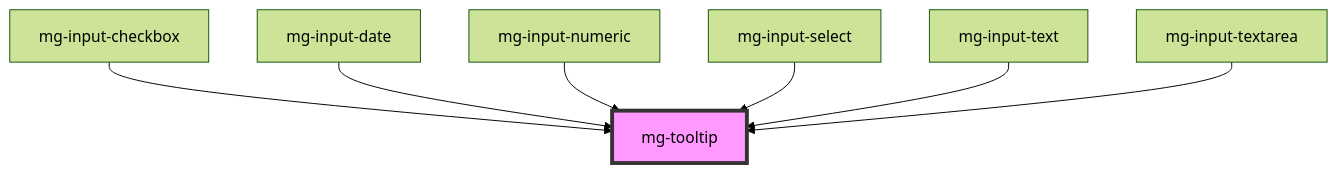
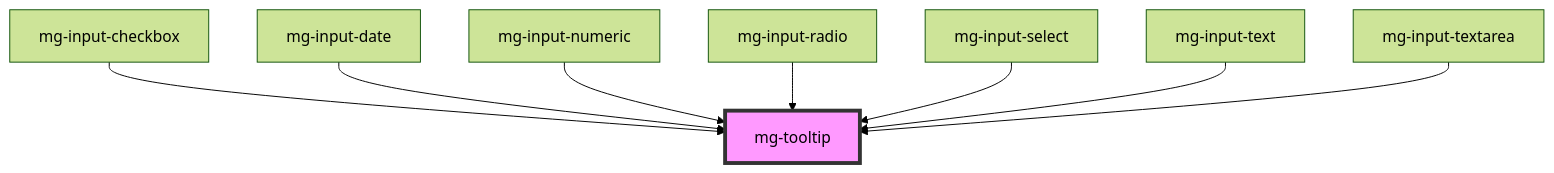
The diagram in src/components/atoms/mg-tooltip/readme.md (MGDIS/mg-components), drawn with Mermaid (forest theme) before and after one commit. The commit also changed other lines of this file and 23 other files, not shown here.

Commit message:
feat(mg-input-radio): init input radio: - [x] add style - [x] add component - [x] add stories - [x] update mg-input - [x] add disabled attributes to mg-input-select options - [x] edit mg-input-checkox tooltip space (= mg-input-radio space)

````diff
--- a/src/components/atoms/mg-tooltip/readme.md
+++ b/src/components/atoms/mg-tooltip/readme.md
@@ -29,10 +30,11 @@
 ```mermaid
 graph TD;
   mg-input-checkbox --> mg-tooltip
   mg-input-date --> mg-tooltip
   mg-input-numeric --> mg-tooltip
+  mg-input-radio --> mg-tooltip
   mg-input-select --> mg-tooltip
   mg-input-text --> mg-tooltip
   mg-input-textarea --> mg-tooltip
   style mg-tooltip fill:#f9f,stroke:#333,stroke-width:4px
 ```
````
